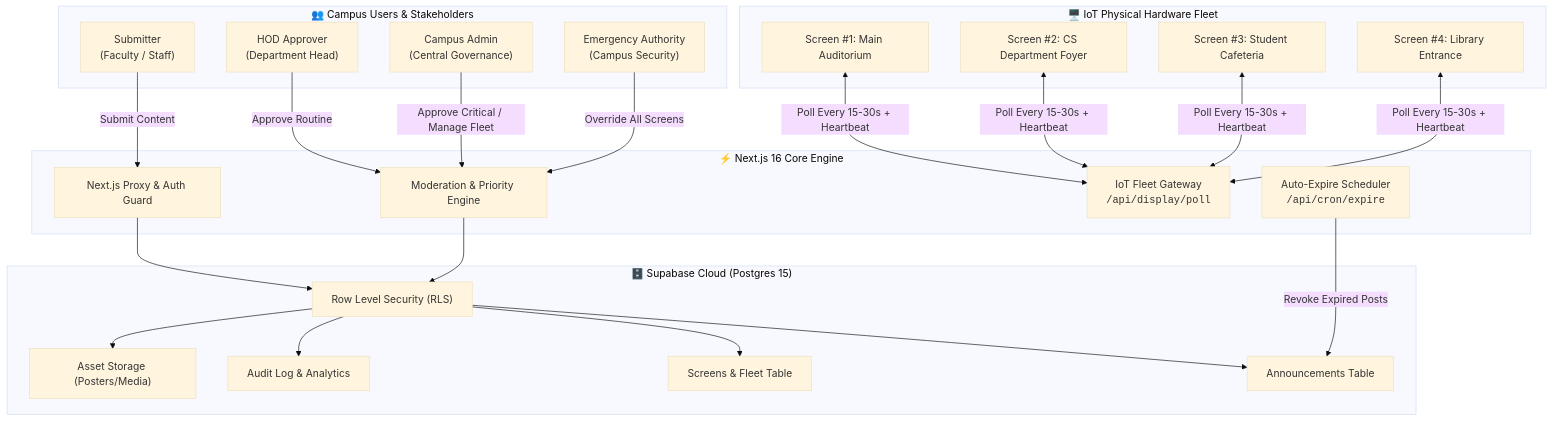
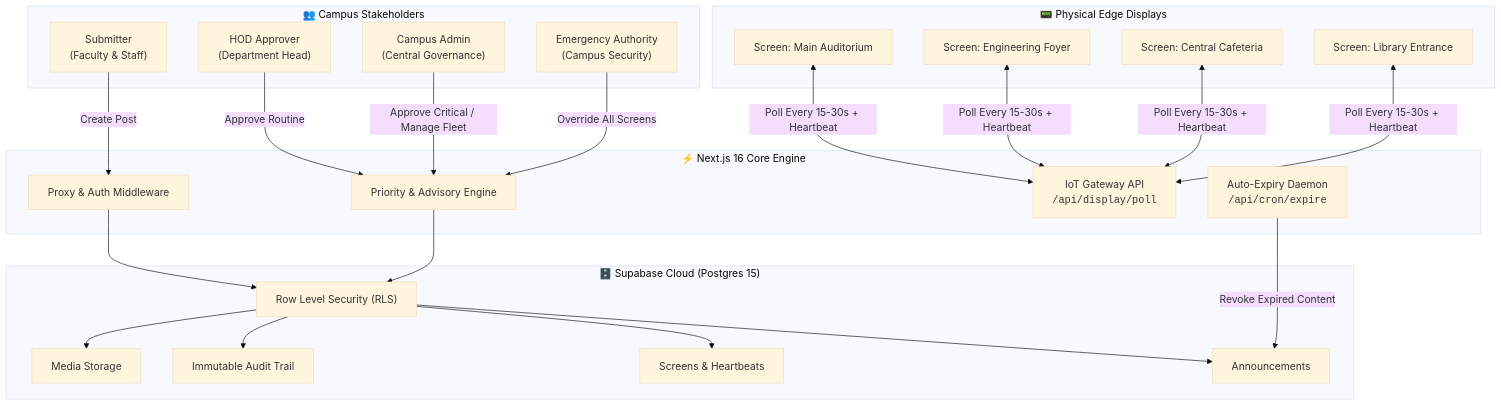
The diagram in README.md (Aayush-207/IOT-smart-screen), drawn with Mermaid (base theme) before and after one commit. The commit also changed other lines of this file and 7 other files, not shown here.

````diff
--- a/README.md
+++ b/README.md
@@ -32,46 +49,46 @@
 ```mermaid
 flowchart TD
-    subgraph Client["👥 Campus Users & Stakeholders"]
-        SUB["Submitter<br/>(Faculty / Staff)"]
+    subgraph Users["👥 Campus Stakeholders"]
+        SUB["Submitter<br/>(Faculty & Staff)"]
         HOD["HOD Approver<br/>(Department Head)"]
         ADM["Campus Admin<br/>(Central Governance)"]
         EMG["Emergency Authority<br/>(Campus Security)"]
     end
 
     subgraph Core["⚡ Next.js 16 Core Engine"]
-        API_AUTH["Next.js Proxy & Auth Guard"]
-        API_MOD["Moderation & Priority Engine"]
-        API_POLL["IoT Fleet Gateway<br/><code>/api/display/poll</code>"]
-        API_CRON["Auto-Expire Scheduler<br/><code>/api/cron/expire</code>"]
+        AUTH["Proxy & Auth Middleware"]
+        MOD["Priority & Advisory Engine"]
+        POLL_API["IoT Gateway API<br/><code>/api/display/poll</code>"]
+        CRON["Auto-Expiry Daemon<br/><code>/api/cron/expire</code>"]
     end
 
-    subgraph DB["🗄️ Supabase Cloud (Postgres 15)"]
+    subgraph Cloud["🗄️ Supabase Cloud (Postgres 15)"]
         RLS["Row Level Security (RLS)"]
-        ANN["Announcements Table"]
-        SCR["Screens & Fleet Table"]
-        AUD["Audit Log & Analytics"]
-        STORAGE["Asset Storage (Posters/Media)"]
+        TBL_ANN["Announcements"]
+        TBL_FLEET["Screens & Heartbeats"]
+        TBL_AUDIT["Immutable Audit Trail"]
+        MEDIA["Media Storage"]
     end
 
-    subgraph Fleet["🖥️ IoT Physical Hardware Fleet"]
-        HW1["Screen #1: Main Auditorium"]
-        HW2["Screen #2: CS Department Foyer"]
-        HW3["Screen #3: Student Cafeteria"]
-        HW4["Screen #4: Library Entrance"]
+    subgraph Hardware["📟 Physical Edge Displays"]
+        D1["Screen: Main Auditorium"]
+        D2["Screen: Engineering Foyer"]
+        D3["Screen: Central Cafeteria"]
+        D4["Screen: Library Entrance"]
     end
 
-    SUB -->|Submit Content| API_AUTH
-    HOD -->|Approve Routine| API_MOD
-    ADM -->|Approve Critical / Manage Fleet| API_MOD
-    EMG -->|Override All Screens| API_MOD
+    SUB -->|Create Post| AUTH
+    HOD -->|Approve Routine| MOD
+    ADM -->|Approve Critical / Manage Fleet| MOD
+    EMG -->|Override All Screens| MOD
 
-    API_AUTH --> RLS
-    API_MOD --> RLS
-    RLS --> ANN
-    RLS --> SCR
-    RLS --> AUD
-    RLS --> STORAGE
+    AUTH --> RLS
+    MOD --> RLS
+    RLS --> TBL_ANN
+    RLS --> TBL_FLEET
+    RLS --> TBL_AUDIT
+    RLS --> MEDIA
 
-    HW1 & HW2 & HW3 & HW4 <-->|Poll Every 15-30s + Heartbeat| API_POLL
-    API_CRON -->|Revoke Expired Posts| ANN
+    D1 & D2 & D3 & D4 <-->|Poll Every 15-30s + Heartbeat| POLL_API
+    CRON -->|Revoke Expired Content| TBL_ANN
 ```
````
